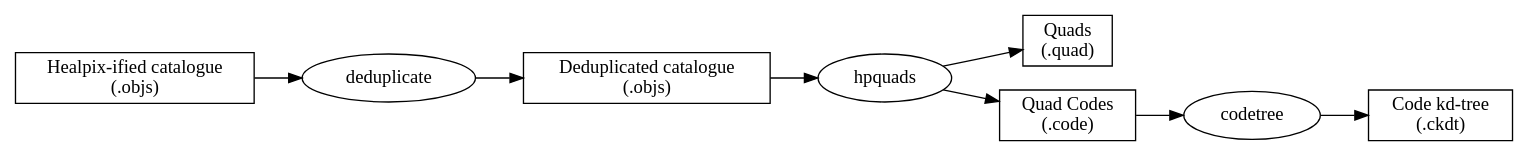
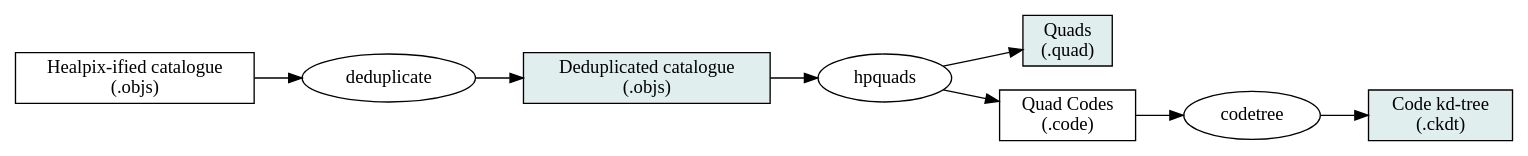
One commit to blackball/an-test6 changed the diagram in trunk/src/quads/pipeline.dot. Above: the diagram before and after it, drawn with Graphviz. The commit also changed 5 other files, not shown here.

```diff
--- a/trunk/src/quads/pipeline.dot
+++ b/trunk/src/quads/pipeline.dot
@@ -1,30 +1,31 @@
 graph indexpipeline {
 	graph [ rankdir = LR ];
 	node [ shape=box ];
 	edge [ dir=forward ];
-	objs [ label="Healpix-ified catalogue\n(.objs)" ];
+	node [ style=filled, fillcolor=azure2 ];
 	ddobjs [ label="Deduplicated catalogue\n(.objs)" ];
 	ckdt [ label="Code kd-tree\n(.ckdt)" ];
 	quad [ label="Quads\n(.quad)" ];
 	node [ style="" ];
+	objs [ label="Healpix-ified catalogue\n(.objs)" ];
 	code [ label="Quad Codes\n(.code)" ];
 
 	node [ shape=ellipse ];
 	codetree [ label="codetree" ];
 
 	objs -- deduplicate
 	deduplicate -- ddobjs
 	ddobjs -- hpquads
 	hpquads -- code
 	hpquads -- quad
 	code -- codetree
 	codetree -- ckdt
 }
 
 // render with:
 //   dot -Tps2 -o pipeline.ps pipeline.dot
 // to get bounding box:
 //   gs -q -dNOPAUSE -dBATCH -dTextAlphaBits=4 -dGraphicsAlphaBits=4 -sDEVICE=bbox pipeline.ps
 // to render as png:
 //   gs -q -dNOPAUSE -dBATCH -dTextAlphaBits=4 -dGraphicsAlphaBits=4 -sDEVICE=png16m -sOutputFile=pipeline.png -g850x162 pipeline.ps
 // (where 850x162 is determined by the output of the bounding-box stage)
```
